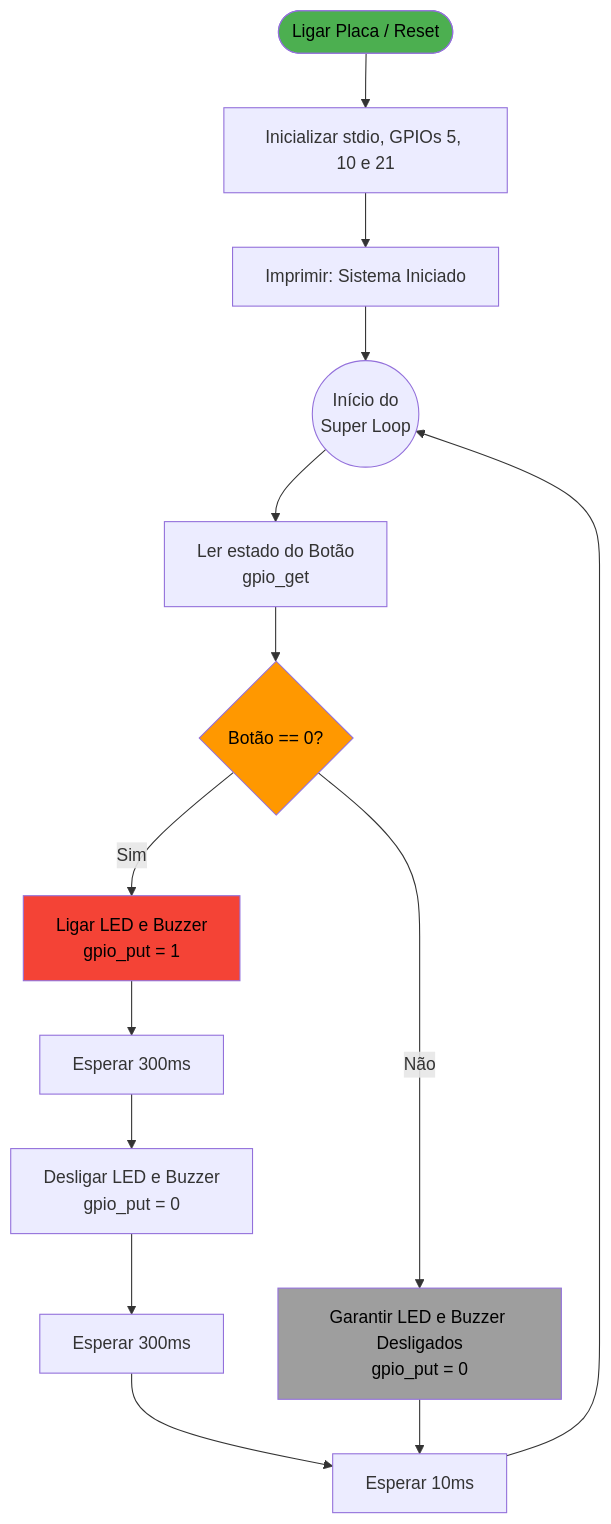
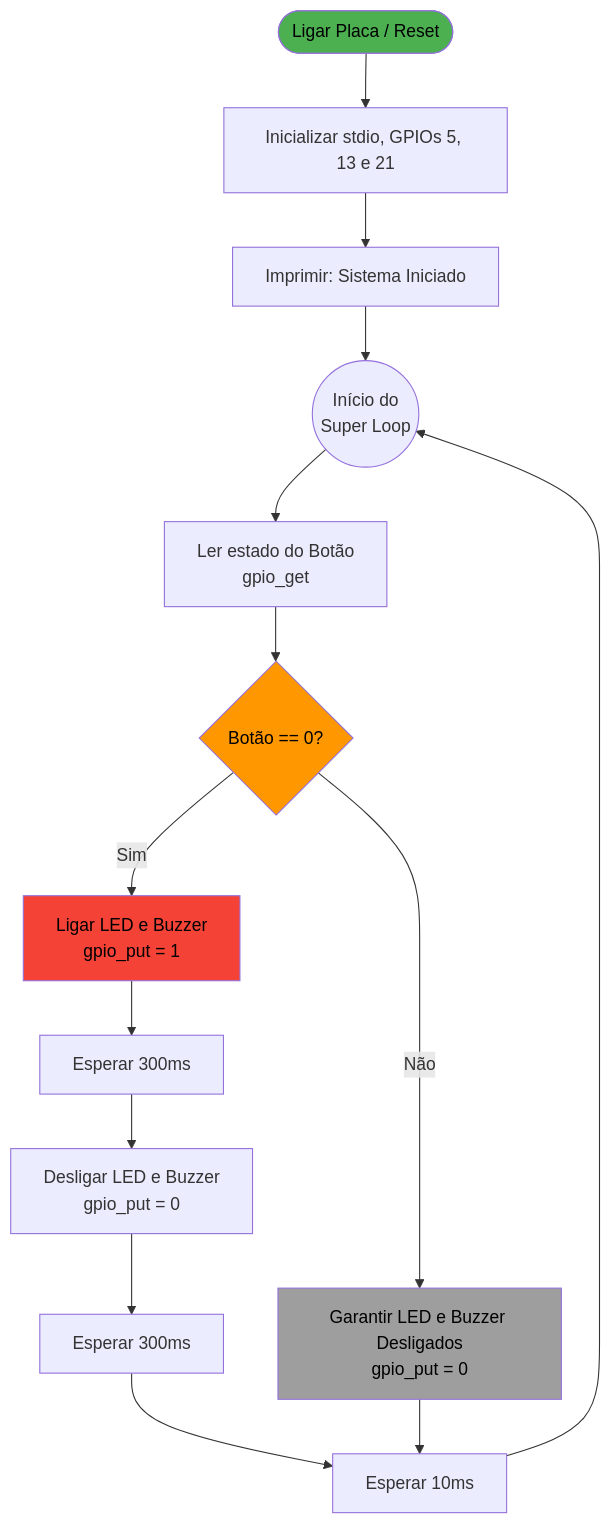
Before and after one commit to isaacmirandaifce/aulasembarcatech2: the second of 2 diagrams in mentorias/04 - Revisão sobre Introdução a Arquitetura de Microcontroladores.md, drawn with Mermaid. The commit also changed other lines of this file, not shown here.

Commit message:
Refactor buzzer function and update GPIO setup

````diff
--- a/mentorias/04 - Revisão sobre Introdução a Arquitetura de Microcontroladores.md
+++ b/mentorias/04 - Revisão sobre Introdução a Arquitetura de Microcontroladores.md
@@ -137,26 +152,26 @@
 ```mermaid
 flowchart TD
-    Start([Ligar Placa / Reset]) --> Setup[Inicializar stdio, GPIOs 5, 10 e 21]
+    Start([Ligar Placa / Reset]) --> Setup[Inicializar stdio, GPIOs 5, 13 e 21]
     Setup --> Print[Imprimir: Sistema Iniciado]
     Print --> LoopStart((Início do\nSuper Loop))
     
     LoopStart --> ReadBtn[Ler estado do Botão\ngpio_get]
     
     ReadBtn --> Decision{Botão == 0?\n}
     
     Decision -- Sim --> TurnOn[Ligar LED e Buzzer\ngpio_put = 1]
     TurnOn --> Wait1[Esperar 300ms]
     Wait1 --> TurnOff[Desligar LED e Buzzer\ngpio_put = 0]
     TurnOff --> Wait2[Esperar 300ms]
     Wait2 --> LoopEnd[Esperar 10ms]
     
     Decision -- Não --> KeepOff[Garantir LED e Buzzer Desligados\ngpio_put = 0]
     KeepOff --> LoopEnd
     
     LoopEnd --> LoopStart
     
     style Start fill:#4CAF50,color:black
     style Decision fill:#FF9800,color:black
     style TurnOn fill:#F44336,color:black
     style KeepOff fill:#9E9E9E,color:black
 ```
````
